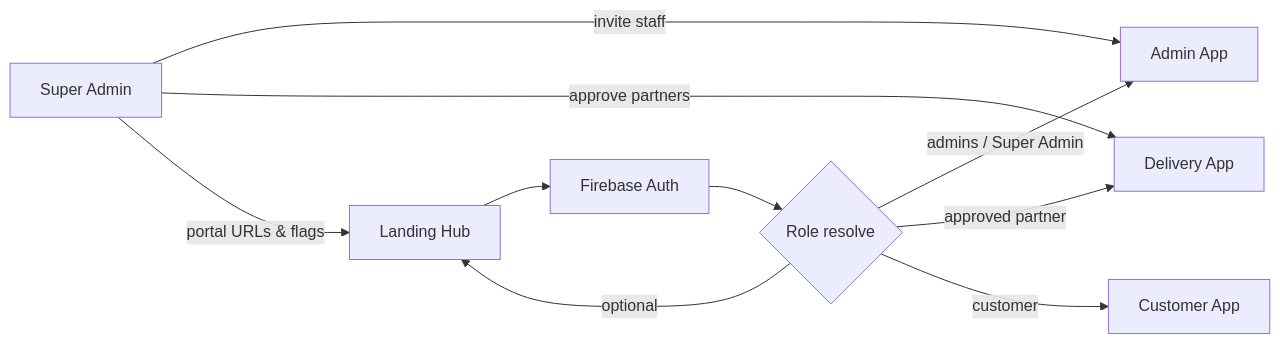
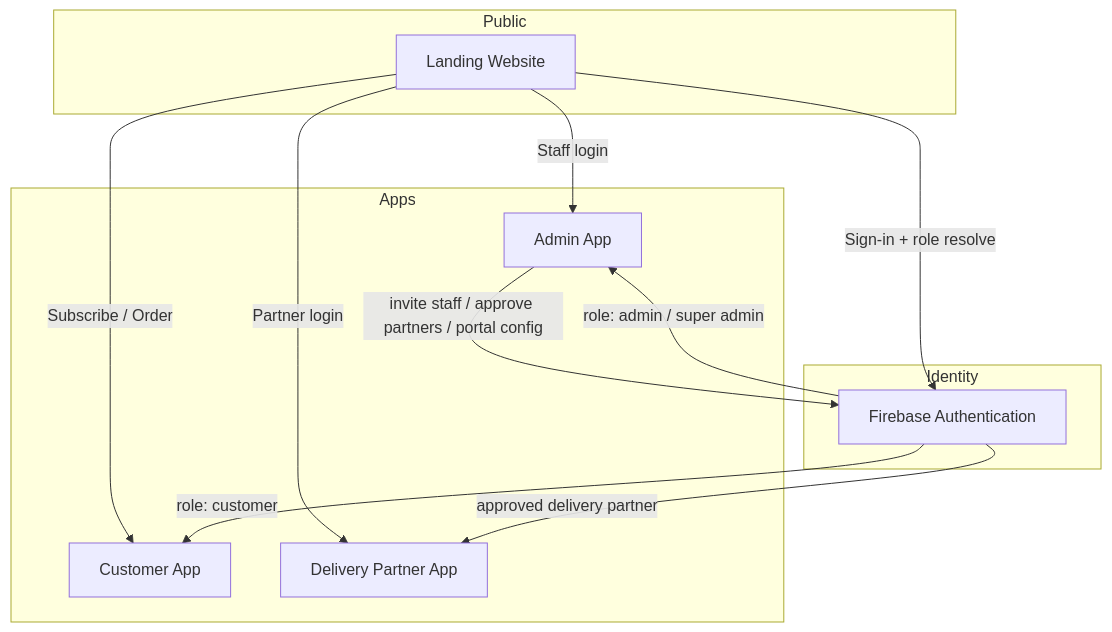
The diagram in README.md (taazabites/taaza-bites), drawn with Mermaid before and after one commit. The commit also changed other lines of this file, not shown here.

````diff
--- a/README.md
+++ b/README.md
@@ -62,12 +36,25 @@
 ```mermaid
-flowchart LR
-  L[Landing Hub] --> Auth[Firebase Auth]
-  Auth --> R{Role resolve}
-  R -->|admins / Super Admin| A[Admin App]
-  R -->|approved partner| D[Delivery App]
-  R -->|customer| C[Customer App]
-  R -->|optional| L
-  SA[Super Admin] -->|invite staff| A
-  SA -->|approve partners| D
-  SA -->|portal URLs & flags| L
+flowchart TB
+  subgraph Public
+    L[Landing Website]
+  end
+
+  subgraph Identity
+    FA[Firebase Authentication]
+  end
+
+  subgraph Apps
+    C[Customer App]
+    A[Admin App]
+    D[Delivery Partner App]
+  end
+
+  L -->|Subscribe / Order| C
+  L -->|Staff login| A
+  L -->|Partner login| D
+  L -->|Sign-in + role resolve| FA
+  FA -->|role: customer| C
+  FA -->|role: admin / super admin| A
+  FA -->|approved delivery partner| D
+  A -->|invite staff / approve partners / portal config| FA
 ```
````
